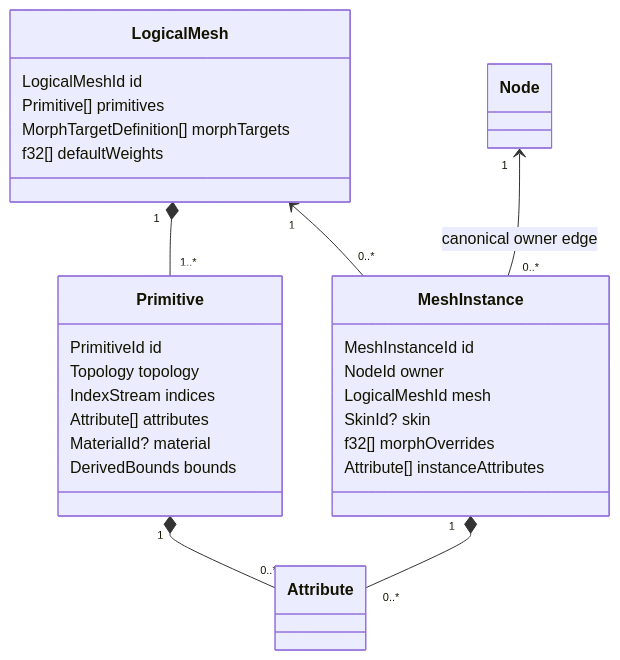
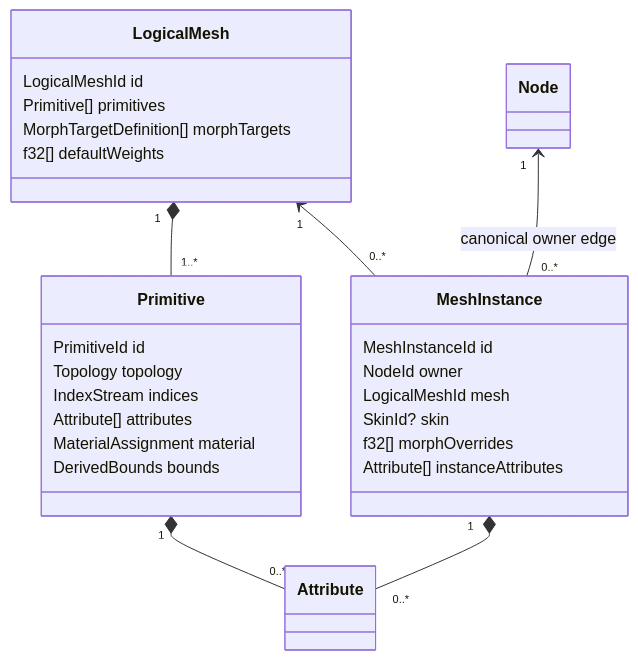
The diagram in docs/adr/0030-logical-mesh-primitive-and-attribute-domain.md (Latias94/baozi), drawn with Mermaid before and after one commit. The commit also changed other lines of this file and 289 other files, not shown here.

````diff
--- a/docs/adr/0030-logical-mesh-primitive-and-attribute-domain.md
+++ b/docs/adr/0030-logical-mesh-primitive-and-attribute-domain.md
@@ -48,30 +48,30 @@
 ```mermaid
 classDiagram
     class LogicalMesh {
       LogicalMeshId id
       Primitive[] primitives
       MorphTargetDefinition[] morphTargets
       f32[] defaultWeights
     }
     class Primitive {
       PrimitiveId id
       Topology topology
       IndexStream indices
       Attribute[] attributes
-      MaterialId? material
+      MaterialAssignment material
       DerivedBounds bounds
     }
     class MeshInstance {
       MeshInstanceId id
       NodeId owner
       LogicalMeshId mesh
       SkinId? skin
       f32[] morphOverrides
       Attribute[] instanceAttributes
     }
     LogicalMesh "1" *-- "1..*" Primitive
     LogicalMesh "1" <-- "0..*" MeshInstance
     Node "1" <-- "0..*" MeshInstance : canonical owner edge
     Primitive "1" *-- "0..*" Attribute
     MeshInstance "1" *-- "0..*" Attribute
 ```
````
